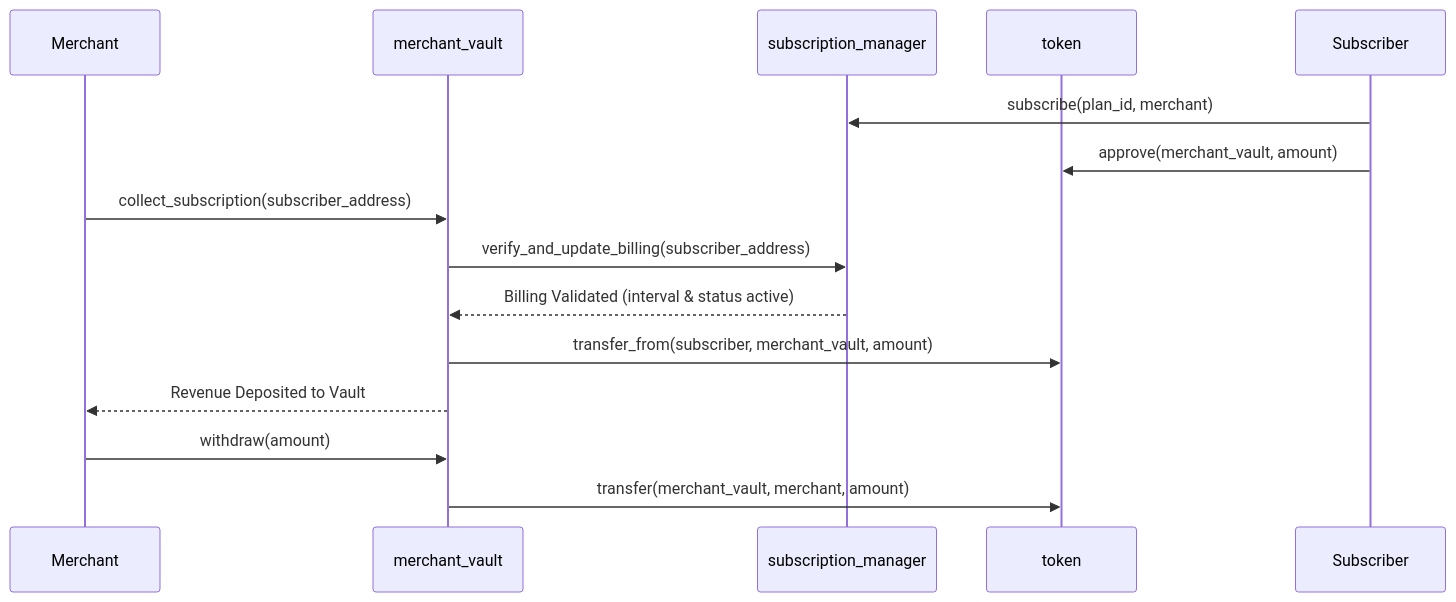
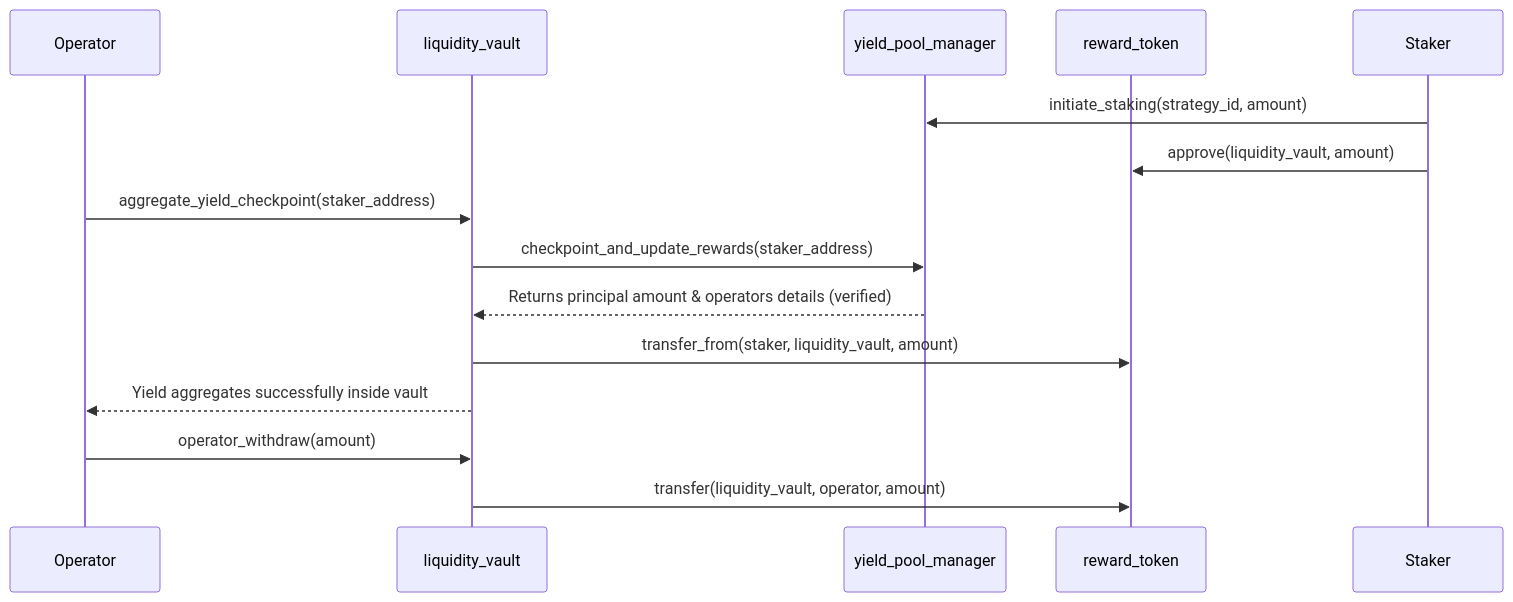
The diagram in README.md (animeshsharma6565/stellar), drawn with Mermaid before and after one commit. The commit also changed other lines of this file and 65 other files, not shown here.

````diff
--- a/README.md
+++ b/README.md
@@ -29,18 +38,18 @@
 ```mermaid
 sequenceDiagram
-    participant Merchant
-    participant MerchantVault as merchant_vault
-    participant SubManager as subscription_manager
-    participant Token as token
-    participant Subscriber
+    participant Operator
+    participant LiquidityVault as liquidity_vault
+    participant YieldManager as yield_pool_manager
+    participant Token as reward_token
+    participant Staker
 
-    Subscriber->>SubManager: subscribe(plan_id, merchant)
-    Subscriber->>Token: approve(merchant_vault, amount)
-    Merchant->>MerchantVault: collect_subscription(subscriber_address)
-    MerchantVault->>SubManager: verify_and_update_billing(subscriber_address)
-    SubManager-->>MerchantVault: Billing Validated (interval & status active)
-    MerchantVault->>Token: transfer_from(subscriber, merchant_vault, amount)
-    MerchantVault-->>Merchant: Revenue Deposited to Vault
-    Merchant->>MerchantVault: withdraw(amount)
-    MerchantVault->>Token: transfer(merchant_vault, merchant, amount)
+    Staker->>YieldManager: initiate_staking(strategy_id, amount)
+    Staker->>Token: approve(liquidity_vault, amount)
+    Operator->>LiquidityVault: aggregate_yield_checkpoint(staker_address)
+    LiquidityVault->>YieldManager: checkpoint_and_update_rewards(staker_address)
+    YieldManager-->>LiquidityVault: Returns principal amount & operators details (verified)
+    LiquidityVault->>Token: transfer_from(staker, liquidity_vault, amount)
+    LiquidityVault-->>Operator: Yield aggregates successfully inside vault
+    Operator->>LiquidityVault: operator_withdraw(amount)
+    LiquidityVault->>Token: transfer(liquidity_vault, operator, amount)
 ```
````
